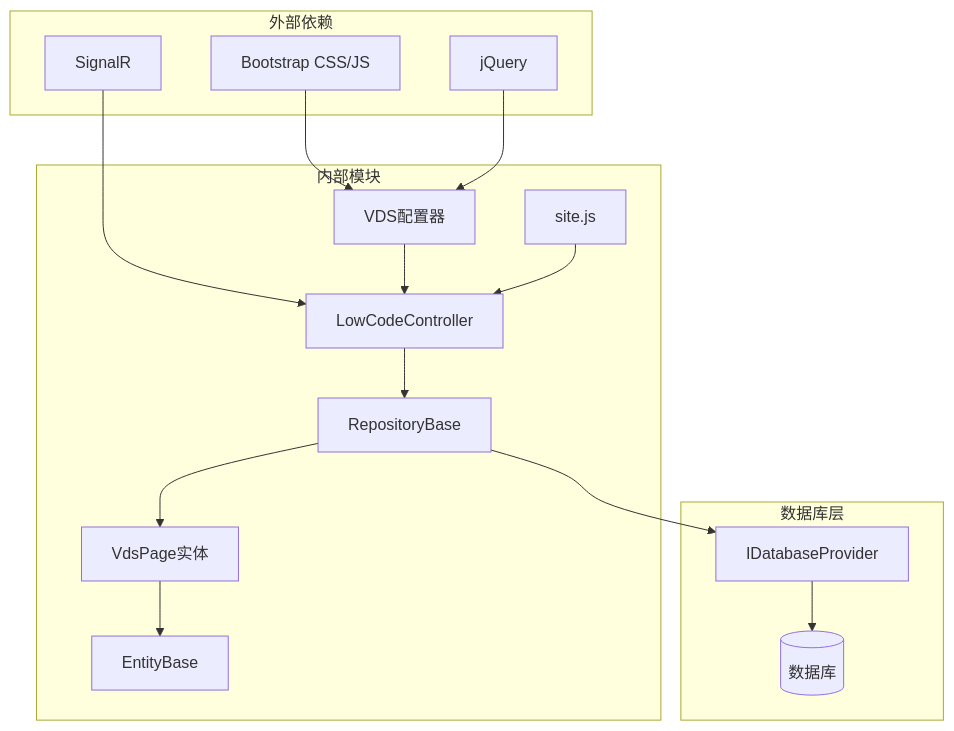
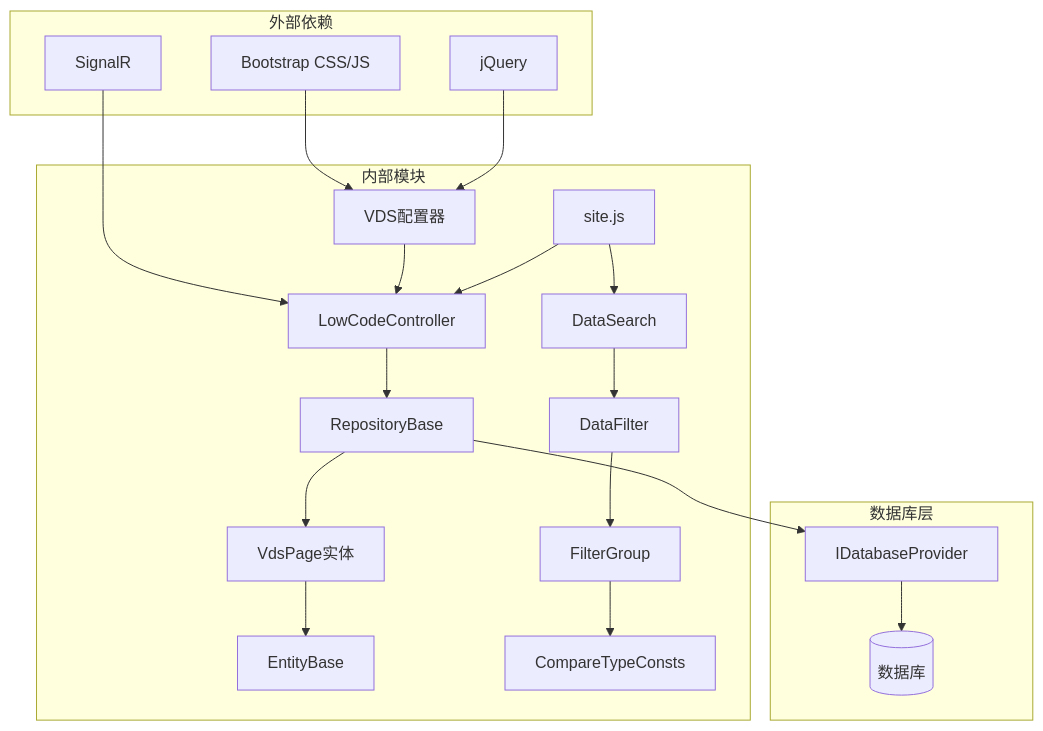
Diagram 11 of 13 in .qoder/repowiki/zh/content/VDS字段配置系统.md (Sosososolong/AirGo), drawn with Mermaid before and after one commit. The commit also changed other lines of this file and 4 other files, not shown here.

````diff
--- a/.qoder/repowiki/zh/content/VDS字段配置系统.md
+++ b/.qoder/repowiki/zh/content/VDS字段配置系统.md
@@ -362,30 +475,38 @@
 ```mermaid
 graph TB
 subgraph "外部依赖"
 Bootstrap[Bootstrap CSS/JS]
 jQuery[jQuery]
 SignalR[SignalR]
 end
 subgraph "内部模块"
 VdsPage[VdsPage实体]
 Configurator[VDS配置器]
 Controller[LowCodeController]
 Repository[RepositoryBase]
 Entity[EntityBase]
 SiteJS[site.js]
+DataSearch[DataSearch]
+DataFilter[DataFilter]
+FilterGroup[FilterGroup]
+CompareTypeConsts[CompareTypeConsts]
 end
 subgraph "数据库层"
 Database[(数据库)]
 Provider[IDatabaseProvider]
 end
 Bootstrap --> Configurator
 jQuery --> Configurator
 SignalR --> Controller
 Configurator --> Controller
 Controller --> Repository
 Repository --> Provider
 Provider --> Database
 VdsPage --> Entity
 Repository --> VdsPage
 SiteJS --> Controller
+SiteJS --> DataSearch
+DataSearch --> DataFilter
+DataFilter --> FilterGroup
+FilterGroup --> CompareTypeConsts
 ```
````
